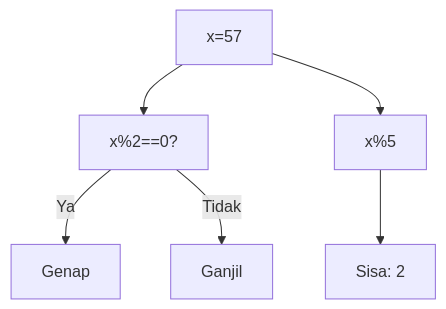
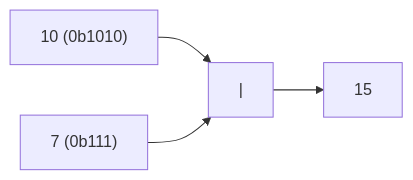
Before and after one commit to amnahwaida/OSNK_INF_PREP: the third of 25 diagrams in part-c-pemahaman-cpp/06-bitwise/latihan/set-05.md, drawn with Mermaid. The commit also changed other lines of this file and 71 other files, not shown here.

````diff
--- a/part-c-pemahaman-cpp/06-bitwise/latihan/set-05.md
+++ b/part-c-pemahaman-cpp/06-bitwise/latihan/set-05.md
@@ -120,8 +74,6 @@
 ```mermaid
-graph TD
-A["x=57"] --> B["x%2==0?"]
-B -- Ya --> C["Genap"]
-B -- Tidak --> D["Ganjil"]
-A --> E["x%5"]
-E --> F["Sisa: 2"]
+graph LR
+A["10 (0b1010)"] --> C["|"]
+B["7 (0b111)"] --> C
+C --> D["15"]
 ```
````
